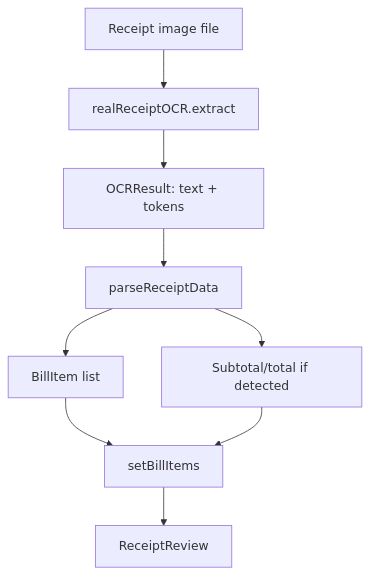
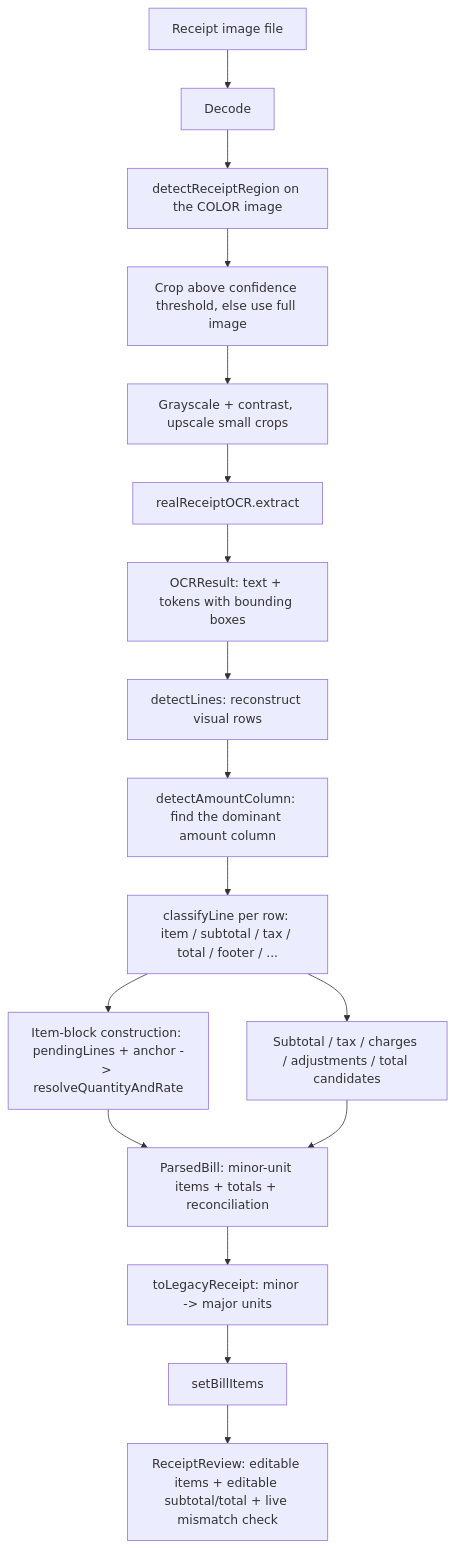
The seventh of 7 diagrams in docs/APP_DOCUMENTATION.md (Karthik-29/SnapSplit), drawn with Mermaid before and after one commit. The commit also changed other lines of this file and 59 other files, not shown here.

````diff
--- a/docs/APP_DOCUMENTATION.md
+++ b/docs/APP_DOCUMENTATION.md
@@ -546,11 +638,19 @@
 ```mermaid
 flowchart TD
-  File[Receipt image file] --> Tesseract[realReceiptOCR.extract]
-  Tesseract --> OCRResult[OCRResult: text + tokens]
-  OCRResult --> Parser[parseReceiptData]
-  Parser --> Items[BillItem list]
-  Parser --> Totals[Subtotal/total if detected]
-  Items --> AppState[setBillItems]
-  Totals --> AppState
-  AppState --> Review[ReceiptReview]
+  File[Receipt image file] --> Decode[Decode]
+  Decode --> Detect[detectReceiptRegion on the COLOR image]
+  Detect --> Crop[Crop above confidence threshold, else use full image]
+  Crop --> Prep[Grayscale + contrast, upscale small crops]
+  Prep --> Tesseract[realReceiptOCR.extract]
+  Tesseract --> OCRResult[OCRResult: text + tokens with bounding boxes]
+  OCRResult --> Lines[detectLines: reconstruct visual rows]
+  Lines --> Columns[detectAmountColumn: find the dominant amount column]
+  Columns --> Classify[classifyLine per row: item / subtotal / tax / total / footer / ...]
+  Classify --> Items[Item-block construction: pendingLines + anchor -> resolveQuantityAndRate]
+  Classify --> Summary[Subtotal / tax / charges / adjustments / total candidates]
+  Items --> ParsedBill[ParsedBill: minor-unit items + totals + reconciliation]
+  Summary --> ParsedBill
+  ParsedBill --> Legacy[toLegacyReceipt: minor -> major units]
+  Legacy --> AppState[setBillItems]
+  AppState --> Review[ReceiptReview: editable items + editable subtotal/total + live mismatch check]
 ```
````
